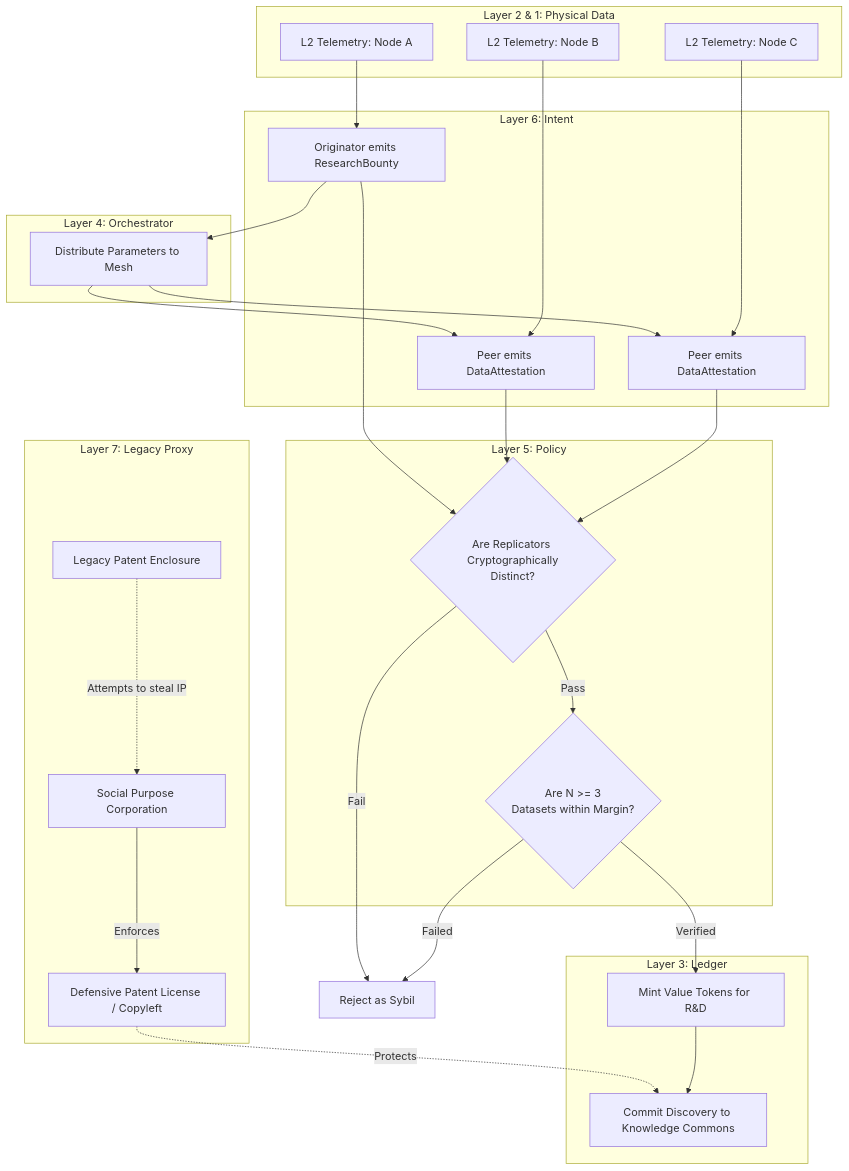
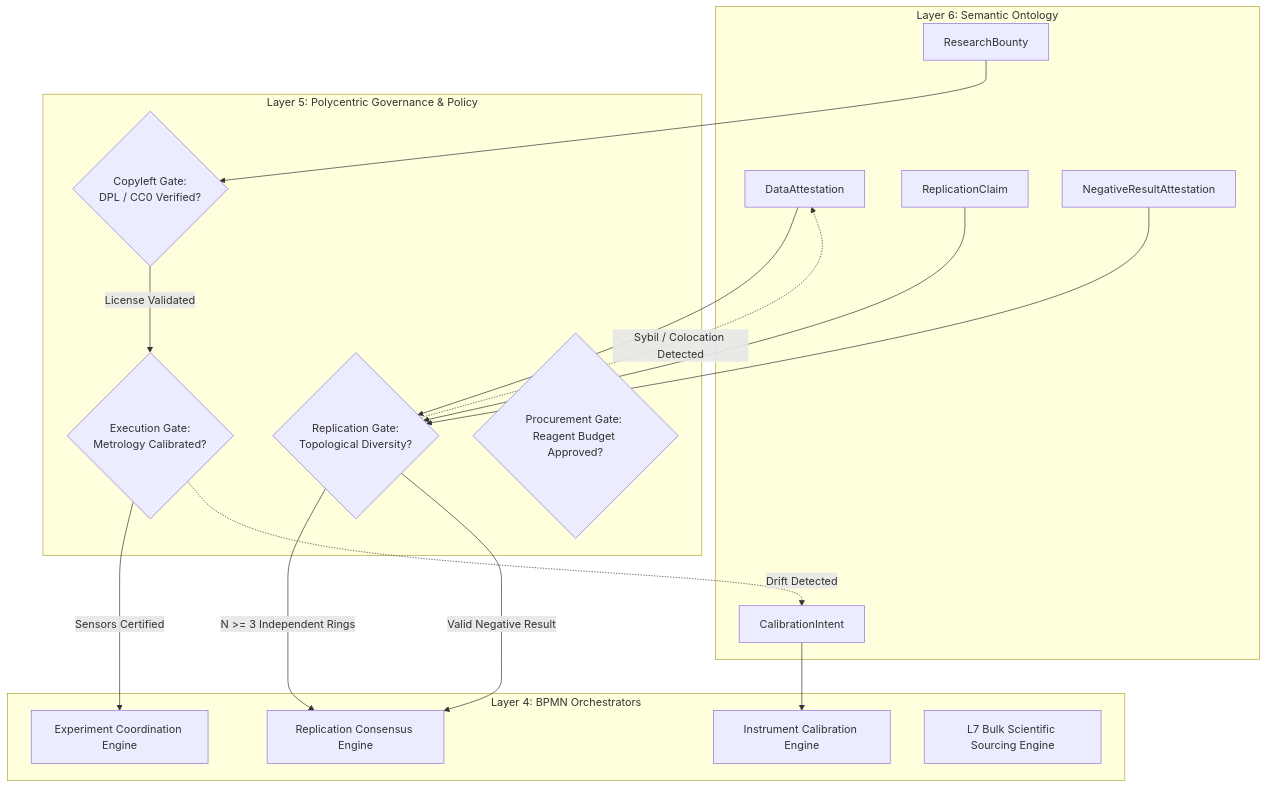
Before and after one commit to raffaine/collective: the third of 4 diagrams in docs/scenarios/iota_epistemic.md, drawn with Mermaid. The commit also changed other lines of this file and 62 other files, not shown here.

First line of the commit message:
feat(sprint-1): Oasis V4 WebGPU Engine & Sovereign Stack V2 Architecture

````diff
--- a/docs/scenarios/iota_epistemic.md
+++ b/docs/scenarios/iota_epistemic.md
@@ -46,60 +111,40 @@
 ```mermaid
 graph TD
-    subgraph Layer 7: Legacy Proxy
-        Enclosure[Legacy Patent Enclosure]
-        SPC[Social Purpose Corporation]
-        License[Defensive Patent License / Copyleft]
+    subgraph Layer 6: Semantic Ontology
+        L6_Bounty[ResearchBounty]
+        L6_Data[DataAttestation]
+        L6_Repl[ReplicationClaim]
+        L6_Neg[NegativeResultAttestation]
+        L6_Calib[CalibrationIntent]
     end
 
-    subgraph Layer 6: Intent
-        NodeA[Originator emits ResearchBounty]
-        NodeB[Peer emits DataAttestation]
-        NodeC[Peer emits DataAttestation]
+    subgraph Layer 5: Polycentric Governance & Policy
+        P_Exec{Execution Gate: <br>Metrology Calibrated?}
+        P_Sybil{Replication Gate: <br>Topological Diversity?}
+        P_Legal{Copyleft Gate: <br>DPL / CC0 Verified?}
+        P_Proc{Procurement Gate: <br>Reagent Budget Approved?}
     end
 
-    subgraph Layer 5: Policy
-        SybilCheck{Are Replicators <br> Cryptographically Distinct?}
-        Consensus{Are N >= 3 <br> Datasets within Margin?}
+    subgraph Layer 4: BPMN Orchestrators
+        BPMN_Exp[Experiment Coordination Engine]
+        BPMN_Peer[Replication Consensus Engine]
+        BPMN_Calib[Instrument Calibration Engine]
+        BPMN_Buy[L7 Bulk Scientific Sourcing Engine]
     end
 
-    subgraph Layer 4: Orchestrator
-        Queue[Distribute Parameters to Mesh]
-    end
+    %% Routing
+    L6_Bounty --> P_Legal
+    P_Legal -->|License Validated| P_Exec
+    P_Exec -->|Sensors Certified| BPMN_Exp
+    P_Exec -.->|Drift Detected| L6_Calib
 
-    subgraph Layer 3: Ledger
-        Mint[Mint Value Tokens for R&D]
-        Canon[Commit Discovery to Knowledge Commons]
-    end
+    L6_Data --> P_Sybil
+    L6_Repl --> P_Sybil
+    P_Sybil -->|N >= 3 Independent Rings| BPMN_Peer
+    P_Sybil -.->|Sybil / Colocation Detected| L6_Data
 
-    subgraph Layer 2 & 1: Physical Data
-        SensorsA[L2 Telemetry: Node A]
-        SensorsB[L2 Telemetry: Node B]
-        SensorsC[L2 Telemetry: Node C]
-    end
+    L6_Neg --> P_Sybil
+    P_Sybil -->|Valid Negative Result| BPMN_Peer
 
-    %% Legacy Shielding
-    Enclosure -.->|Attempts to steal IP| SPC
-    SPC -->|Enforces| License
-    License -.->|Protects| Canon
-
-    %% Mesh Flow
-    NodeA --> Queue
-    Queue --> NodeB
-    Queue --> NodeC
-    
-    SensorsA --> NodeA
-    SensorsB --> NodeB
-    SensorsC --> NodeC
-    
-    NodeA --> SybilCheck
-    NodeB --> SybilCheck
-    NodeC --> SybilCheck
-    
-    SybilCheck -->|Fail| Reject[Reject as Sybil]
-    SybilCheck -->|Pass| Consensus
-    
-    Consensus -->|Verified| Mint
-    Consensus -->|Failed| Reject
-    
-    Mint --> Canon
+    L6_Calib --> BPMN_Calib
 ```
````
